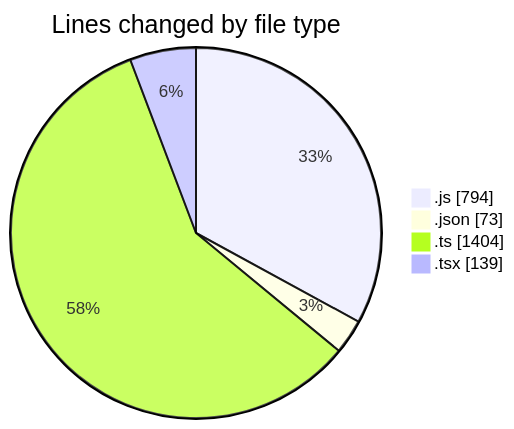
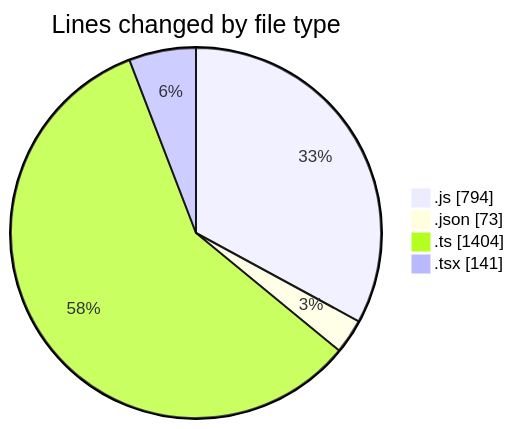
Before and after one commit to momahboobian/code-tracking: the first of 2 diagrams in 2026-03-23/cda/README.md, drawn with Mermaid. The commit also changed other lines of this file and 1 other file, not shown here.

````diff
--- a/2026-03-23/cda/README.md
+++ b/2026-03-23/cda/README.md
@@ -28,8 +28,8 @@
 ```mermaid
 pie showData
 title Lines changed by file type
 ".js" : 794
 ".json" : 73
 ".ts" : 1404
-".tsx" : 139
+".tsx" : 141
 ```
````
